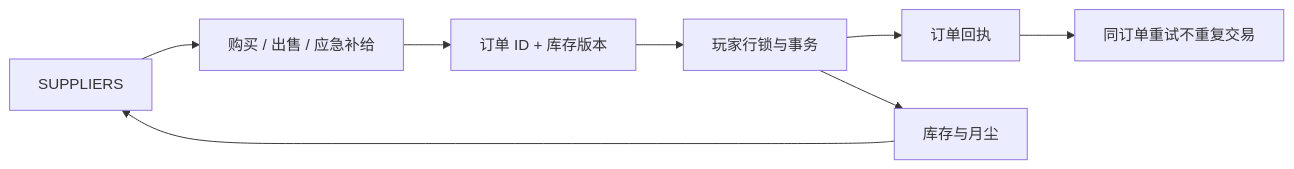
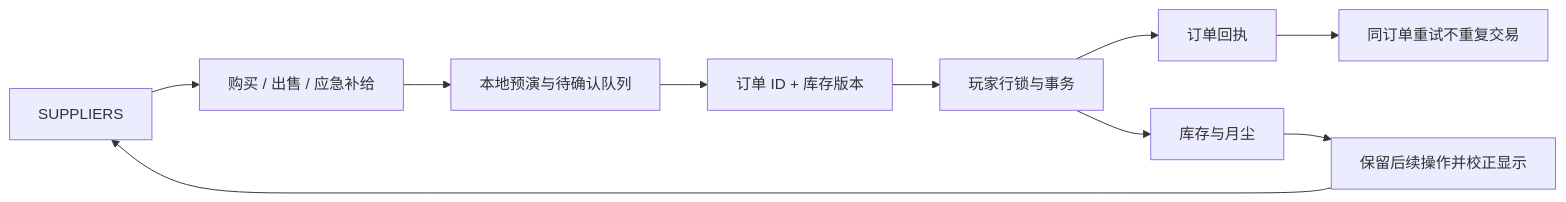
The diagram in Docs/Shop.md (MorrowHome/Moonkov), drawn with Mermaid before and after one commit. The commit also changed other lines of this file and 26 other files, not shown here.

Commit message:
fix(menu): apply inventory actions immediately and reconcile receipts

````diff
--- a/Docs/Shop.md
+++ b/Docs/Shop.md
@@ -43,10 +49,12 @@
 ```mermaid
 flowchart LR
     Menu[SUPPLIERS] --> Shop[购买 / 出售 / 应急补给]
-    Shop --> Order[订单 ID + 库存版本]
+    Shop --> Preview[本地预演与待确认队列]
+    Preview --> Order[订单 ID + 库存版本]
     Order --> Backend[玩家行锁与事务]
     Backend --> Receipt[订单回执]
     Backend --> Inventory[库存与月尘]
     Receipt --> Retry[同订单重试不重复交易]
-    Inventory --> Menu
+    Inventory --> Reconcile[保留后续操作并校正显示]
+    Reconcile --> Menu
 ```
````
